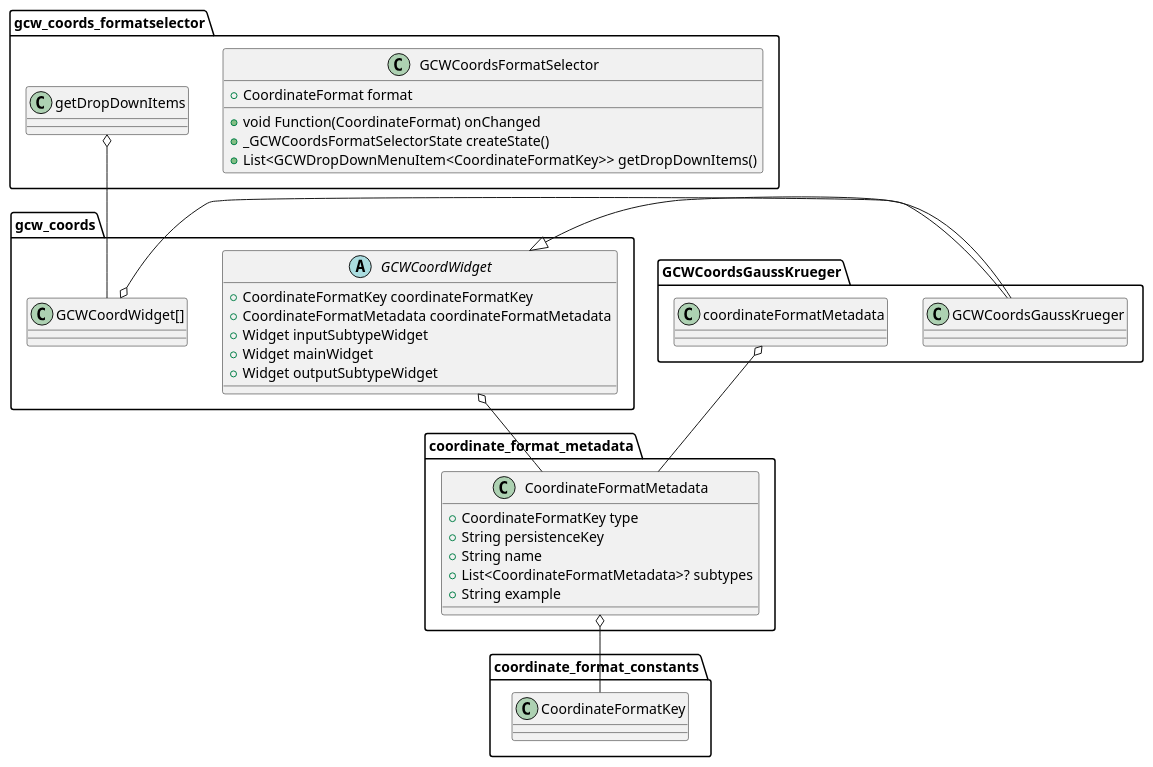
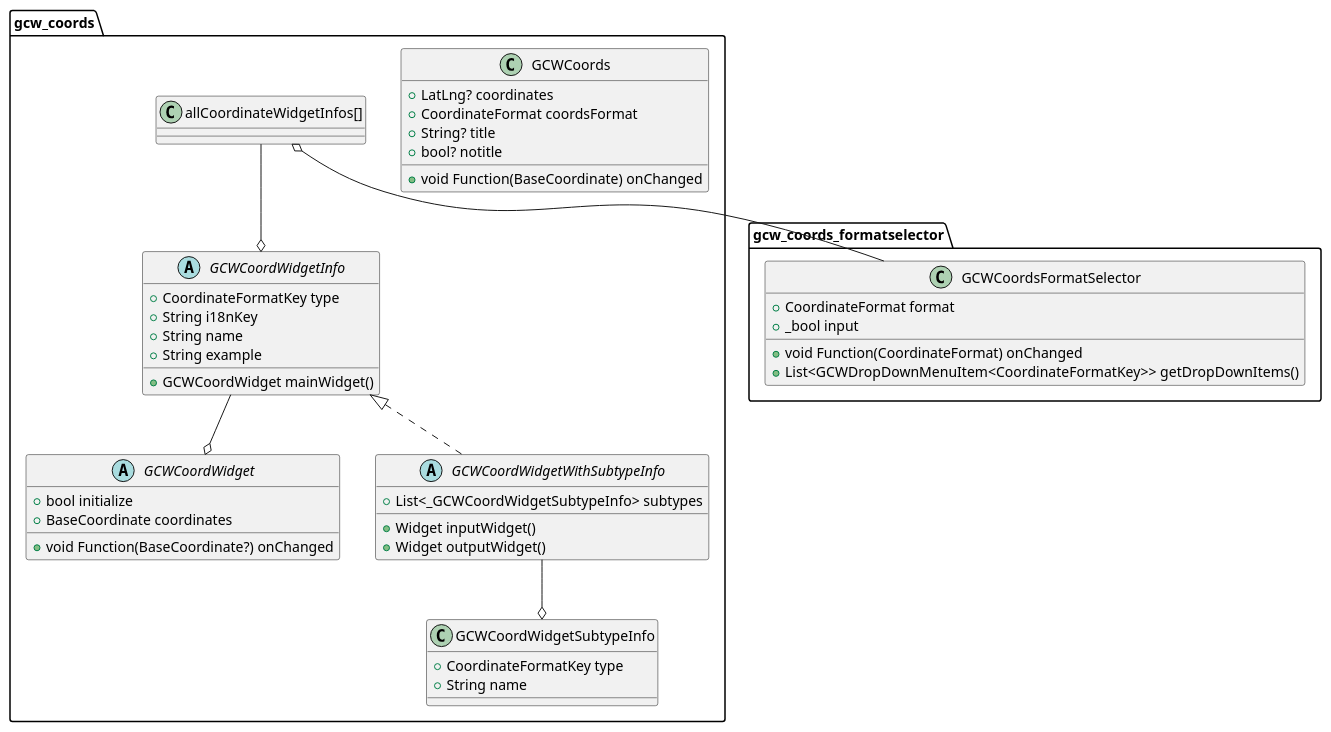
One commit to S-Man42/GCWizard changed the diagram in lib/tools/coords/_common/widget/coordinates.puml. Above: the diagram before and after it, drawn with PlantUML. The commit also changed 1 other file, not shown here.

```diff
--- a/lib/tools/coords/_common/widget/coordinates.puml
+++ b/lib/tools/coords/_common/widget/coordinates.puml
@@ -1,43 +1,50 @@
 @startuml
 'https://plantuml.com/sequence-diagram
 
 class "gcw_coords_formatselector.GCWCoordsFormatSelector" {
   +void Function(CoordinateFormat) onChanged
   +CoordinateFormat format
-  +_GCWCoordsFormatSelectorState createState()
+  +_bool input
   +List<GCWDropDownMenuItem<CoordinateFormatKey>> getDropDownItems()
 }
 
 abstract class "gcw_coords.GCWCoordWidget" {
-  +CoordinateFormatKey coordinateFormatKey
-  +CoordinateFormatMetadata coordinateFormatMetadata
-  +Widget inputSubtypeWidget
-  +Widget mainWidget
-  +Widget outputSubtypeWidget
-
-  'get String i18nKey {
-
-  '}
+  +bool initialize
+  +BaseCoordinate coordinates
+  +void Function(BaseCoordinate?) onChanged
 }
 
-class "coordinate_format_metadata.CoordinateFormatMetadata" {
+abstract class "gcw_coords.GCWCoordWidgetInfo" {
   +CoordinateFormatKey type
-  +String persistenceKey
+  +String i18nKey
   +String name
-  +List<CoordinateFormatMetadata>? subtypes
   +String example
+  +GCWCoordWidget mainWidget()
 }
 
-"coordinate_format_metadata.CoordinateFormatMetadata" o-- "coordinate_format_constants.CoordinateFormatKey"
-'"GCWCoordsGaussKrueger.GCWCoordsGaussKrueger" o-- "coordinate_format_constants.CoordinateFormatKey"
-"GCWCoordsGaussKrueger.GCWCoordsGaussKrueger" --|> "gcw_coords.GCWCoordWidget"
-"gcw_coords.GCWCoordWidget[]" o-- "GCWCoordsGaussKrueger.GCWCoordsGaussKrueger"
-"gcw_coords_formatselector.getDropDownItems" o-- "gcw_coords.GCWCoordWidget[]"
-"GCWCoordsGaussKrueger.coordinateFormatMetadata" o-- "coordinate_format_metadata.CoordinateFormatMetadata"
-"gcw_coords.GCWCoordWidget" o-- "coordinate_format_metadata.CoordinateFormatMetadata"
+class "gcw_coords.GCWCoordWidgetSubtypeInfo" {
+  +CoordinateFormatKey type
+  +String name
+}
+
+abstract class "gcw_coords.GCWCoordWidgetWithSubtypeInfo" {
+  +List<_GCWCoordWidgetSubtypeInfo> subtypes
+  +Widget inputWidget()
+  +Widget outputWidget()
+}
+"gcw_coords.GCWCoordWidgetInfo" <|.. "gcw_coords.GCWCoordWidgetWithSubtypeInfo"
+"gcw_coords.GCWCoordWidgetWithSubtypeInfo" --o "gcw_coords.GCWCoordWidgetSubtypeInfo"
 
 
-'"gcw_coords_formatselector.dart::getDropDownItems" o-- "coordinate_format_metadata.dart::CoordinateFormatMetadata"
-'"gcw_coords_formatselector.dart::getDropDownItems" o-- "coordinate_format_metadata.dart::CoordinateFormatMetadata"
-'"gcw_coords_formatselector.dart::_buildSubtype" o-- "coordinate_format_constants.dart::CoordinateFormatKey"
+class "gcw_coords.GCWCoords" {
+  +void Function(BaseCoordinate) onChanged
+  +LatLng? coordinates
+  +CoordinateFormat coordsFormat
+  +String? title
+  +bool? notitle
+}
+
+"gcw_coords.allCoordinateWidgetInfos[]" --o "gcw_coords.GCWCoordWidgetInfo"
+"gcw_coords.allCoordinateWidgetInfos[]" o-- "gcw_coords_formatselector.GCWCoordsFormatSelector"
+"gcw_coords.GCWCoordWidgetInfo" --o "gcw_coords.GCWCoordWidget"
 @enduml
```
